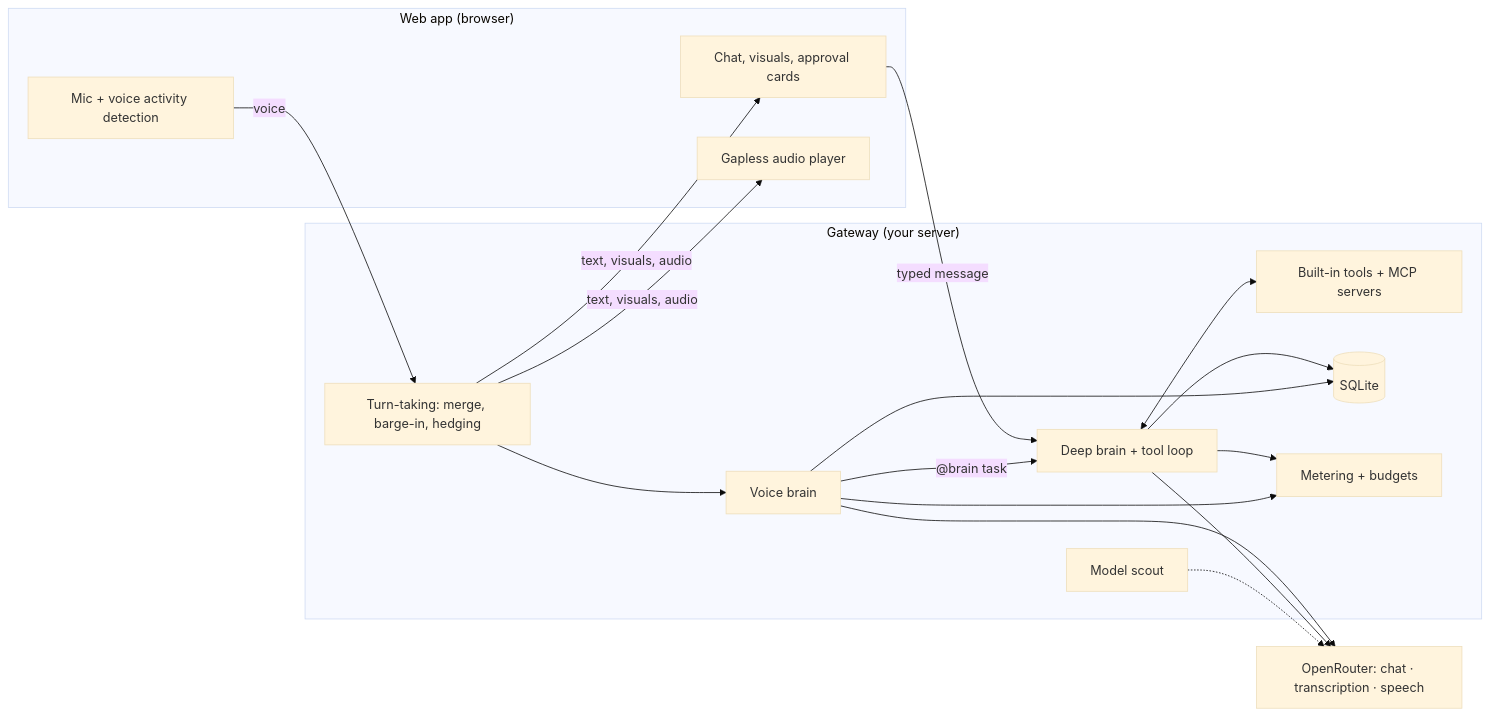
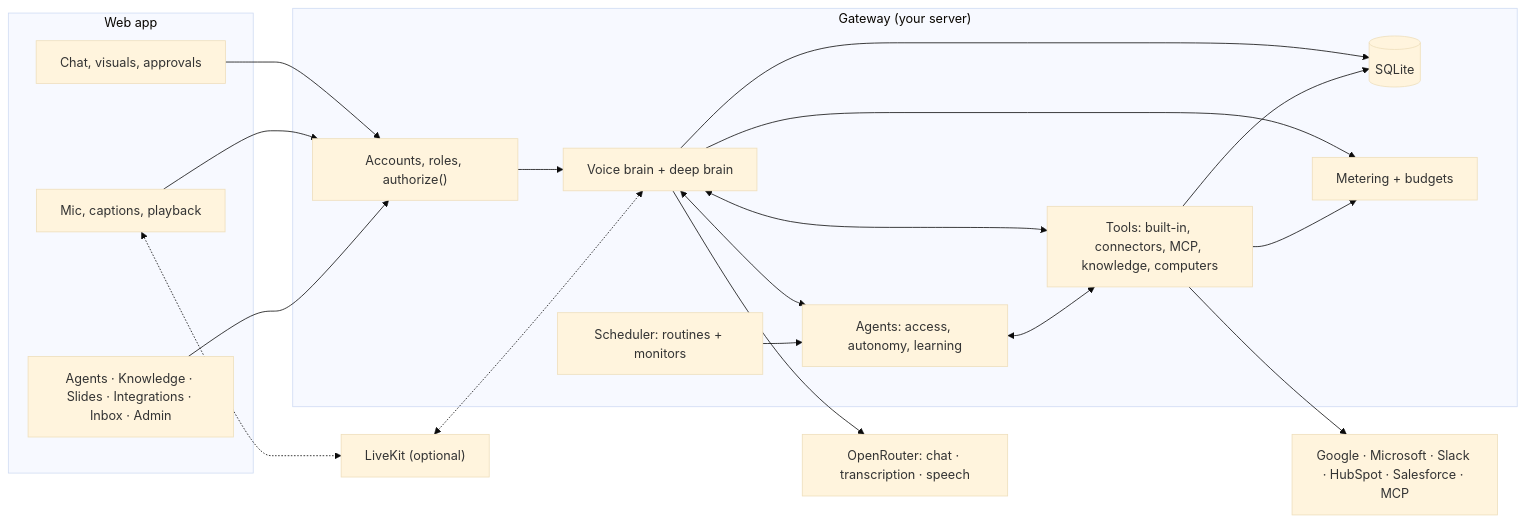
The diagram in README.md (Suryanandx/sibyl), drawn with Mermaid (base theme) before and after one commit. The commit also changed other lines of this file and 6086 other files, not shown here.

````diff
--- a/README.md
+++ b/README.md
@@ -78,30 +89,31 @@
 ```mermaid
 flowchart LR
-  subgraph Browser["Web app (browser)"]
-    Mic["Mic + voice activity detection"]
-    UI["Chat, visuals, approval cards"]
-    Player["Gapless audio player"]
+  subgraph Browser["Web app"]
+    UI["Chat, visuals, approvals"]
+    Voice["Mic, captions, playback"]
+    Places["Agents · Knowledge · Slides · Integrations · Inbox · Admin"]
   end
 
   subgraph Gateway["Gateway (your server)"]
-    Turns["Turn-taking: merge, barge-in, hedging"]
-    Voice["Voice brain"]
-    Deep["Deep brain + tool loop"]
-    Tools["Built-in tools + MCP servers"]
+    Auth["Accounts, roles, authorize()"]
+    Brains["Voice brain + deep brain"]
+    Agents["Agents: access, autonomy, learning"]
+    Tools["Tools: built-in, connectors, MCP, knowledge, computers"]
+    Jobs["Scheduler: routines + monitors"]
     Store[("SQLite")]
     Meter["Metering + budgets"]
-    Scout["Model scout"]
   end
 
   OR["OpenRouter: chat · transcription · speech"]
+  LK["LiveKit (optional)"]
+  Apps["Google · Microsoft · Slack · HubSpot · Salesforce · MCP"]
 
-  Mic -- "voice" --> Turns --> Voice
-  UI -- "typed message" --> Deep
-  Voice -- "@brain task" --> Deep
-  Deep <--> Tools
-  Voice & Deep --> OR
-  Scout -.-> OR
-  Deep & Voice --> Store
-  Deep & Voice --> Meter
-  Turns -- "text, visuals, audio" --> UI & Player
+  UI & Voice & Places --> Auth --> Brains
+  Brains <--> Agents
+  Brains & Agents <--> Tools --> Apps
+  Jobs --> Agents
+  Brains --> OR
+  Voice <-.-> LK <-.-> Brains
+  Brains & Tools --> Store
+  Brains & Tools --> Meter
 ```
````
